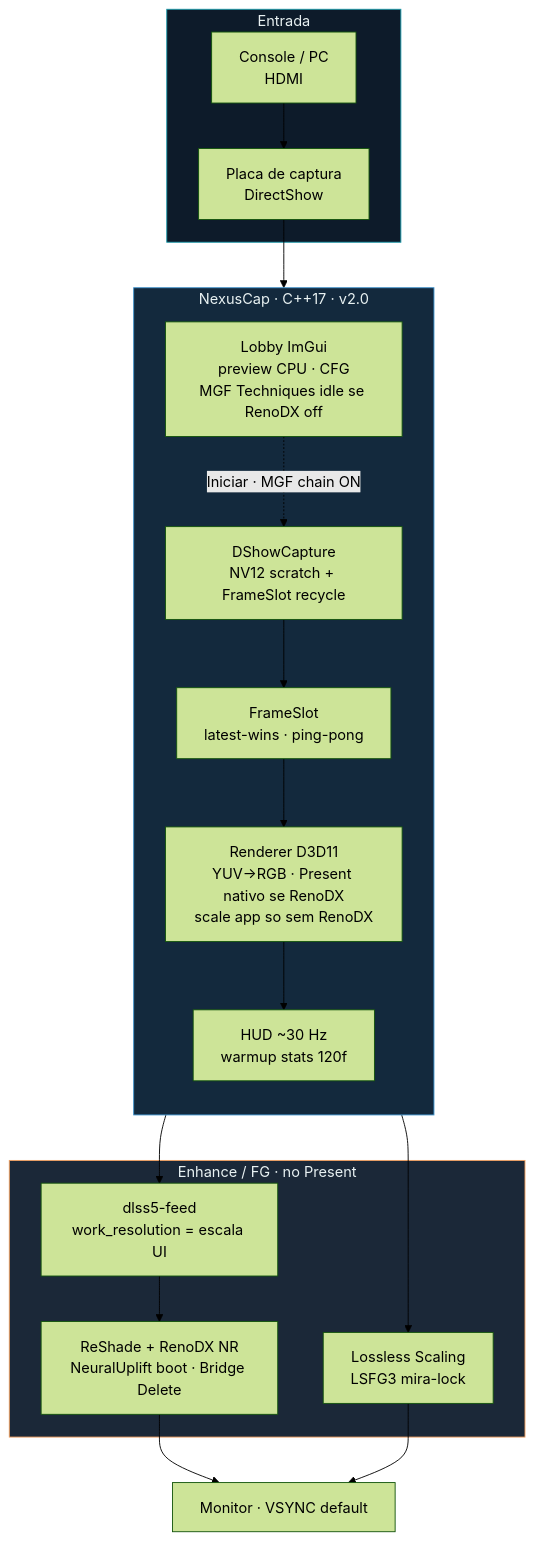
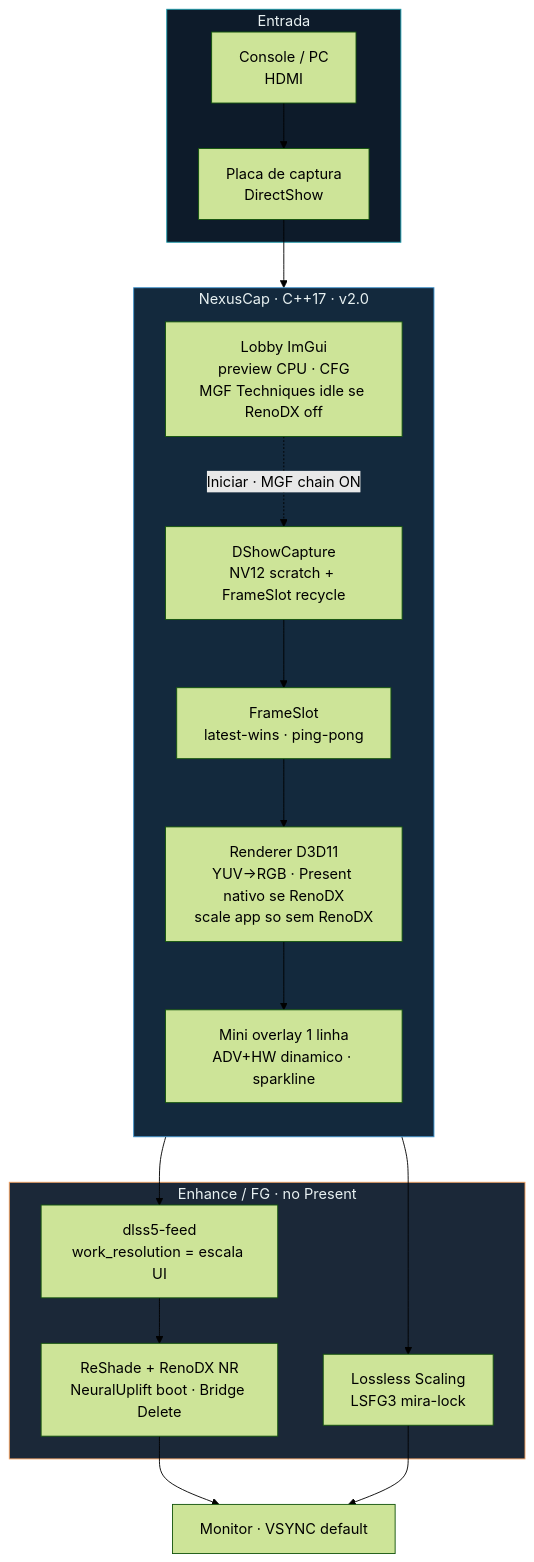
The diagram in README.md (lealvjo/NexusCap), drawn with Mermaid (forest theme) before and after one commit. The commit also changed other lines of this file and 16 other files, not shown here.

First line of the commit message:
v2.1.0: mini overlay colorida definitiva e setup comunidade.

````diff
--- a/README.md
+++ b/README.md
@@ -95,35 +104,35 @@
 ```mermaid
 flowchart TB
   subgraph IN["Entrada"]
     HDMI["Console / PC<br/>HDMI"]
     CARD["Placa de captura<br/>DirectShow"]
     HDMI --> CARD
   end
 
   subgraph APP["NexusCap · C++17 · v2.0"]
     direction TB
     LOBBY["Lobby ImGui<br/>preview CPU · CFG<br/>MGF Techniques idle se RenoDX off"]
     CAP["DShowCapture<br/>NV12 scratch + FrameSlot recycle"]
     SLOT["FrameSlot<br/>latest-wins · ping-pong"]
     REND["Renderer D3D11<br/>YUV→RGB · Present nativo se RenoDX<br/>scale app so sem RenoDX"]
-    HUD["HUD ~30 Hz<br/>warmup stats 120f"]
+    HUD["Mini overlay 1 linha<br/>ADV+HW dinamico · sparkline"]
     LOBBY -.->|Iniciar · MGF chain ON| CAP
     CARD --> CAP --> SLOT --> REND
     REND --> HUD
   end
 
   subgraph FX["Enhance / FG · no Present"]
     FEED["dlss5-feed<br/>work_resolution = escala UI"]
     RENO["ReShade + RenoDX NR<br/>NeuralUplift boot · Bridge Delete"]
     FG["Lossless Scaling<br/>LSFG3 mira-lock"]
   end
 
   REND --> FEED --> RENO
   REND --> FG
   RENO --> OUT["Monitor · VSYNC default"]
   FG --> OUT
 
   style IN fill:#0d1b2a,stroke:#1b9aaa,color:#e8f1f2
   style APP fill:#13293d,stroke:#3e92cc,color:#e8f1f2
   style FX fill:#1b2838,stroke:#f4a261,color:#e8f1f2
 ```
````
